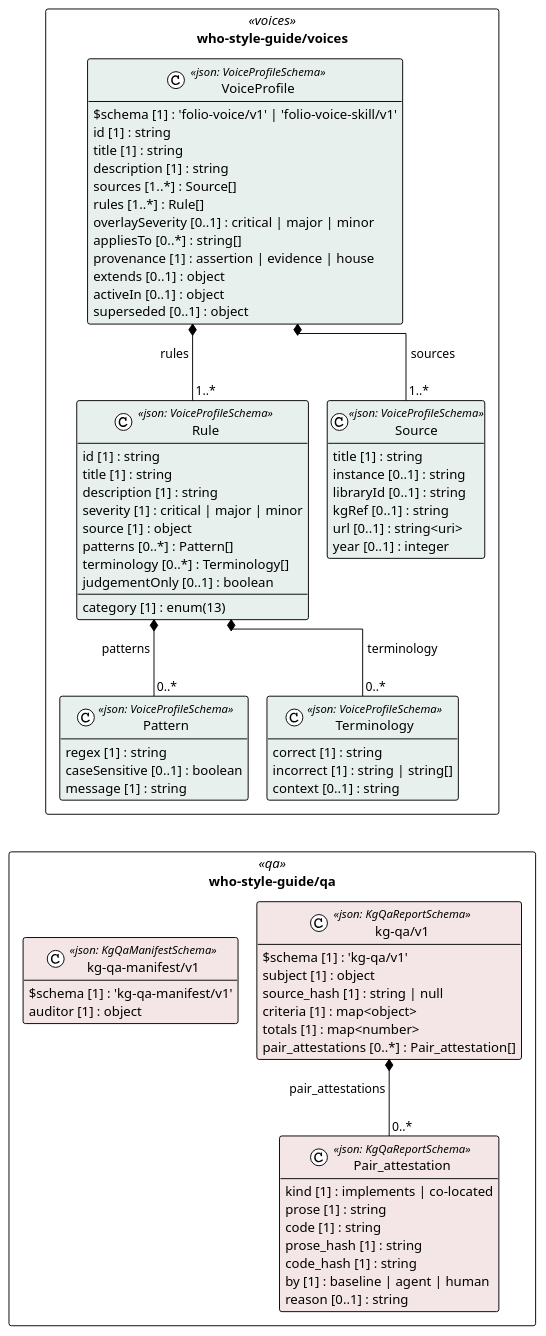
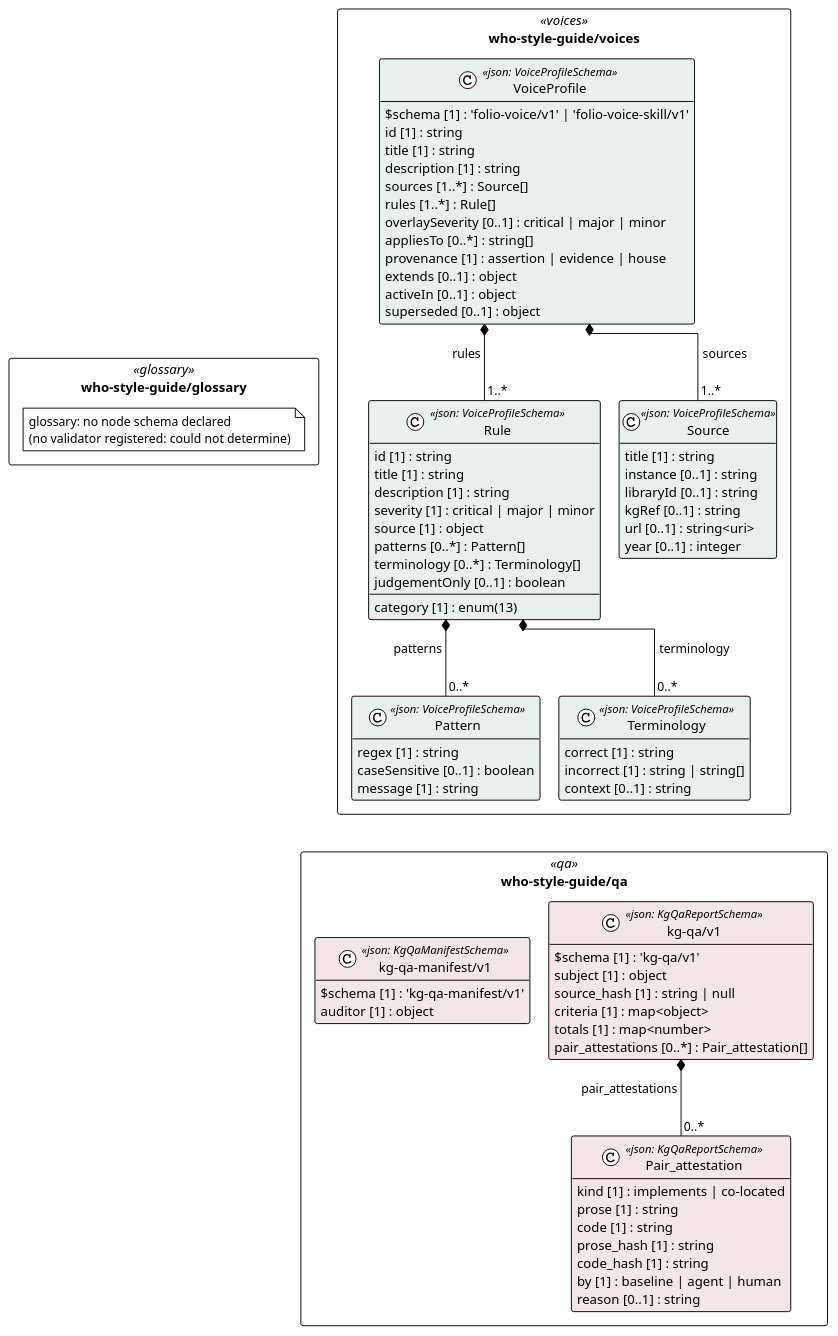
The diagram in cat-harness/uml/overview/who-style-guide.puml (litlfred/folio-assistant), drawn with PlantUML before and after one commit. The commit also changed 35 other files, not shown here.

First line of the commit message:
Regenerate derived artefacts for the who-style-guide glossary

```diff
--- a/cat-harness/uml/overview/who-style-guide.puml
+++ b/cat-harness/uml/overview/who-style-guide.puml
@@ -3,85 +3,88 @@
 @startuml who_style_guide
 !pragma layout elk
 !theme plain
 skinparam classAttributeIconSize 0
 skinparam shadowing false
 skinparam packageStyle rectangle
 hide empty methods
 
 package "who-style-guide/voices" as pkg_who_style_guide_voices <<voices>> {
   class "Source" as who_style_guide_voices_Source <<json: VoiceProfileSchema>> #e8f0ee {
     title [1] : string
     instance [0..1] : string
     libraryId [0..1] : string
     kgRef [0..1] : string
     url [0..1] : string<uri>
     year [0..1] : integer
   }
   class "Pattern" as who_style_guide_voices_Pattern <<json: VoiceProfileSchema>> #e8f0ee {
     regex [1] : string
     caseSensitive [0..1] : boolean
     message [1] : string
   }
   class "Terminology" as who_style_guide_voices_Terminology <<json: VoiceProfileSchema>> #e8f0ee {
     correct [1] : string
     incorrect [1] : string | string[]
     context [0..1] : string
   }
   class "Rule" as who_style_guide_voices_Rule <<json: VoiceProfileSchema>> #e8f0ee {
     id [1] : string
     title [1] : string
     description [1] : string
     category [1] : enum(13)
     severity [1] : critical | major | minor
     source [1] : object
     patterns [0..*] : Pattern[]
     terminology [0..*] : Terminology[]
     judgementOnly [0..1] : boolean
   }
   class "VoiceProfile" as who_style_guide_voices_VoiceProfile <<json: VoiceProfileSchema>> #e8f0ee {
     $schema [1] : 'folio-voice/v1' | 'folio-voice-skill/v1'
     id [1] : string
     title [1] : string
     description [1] : string
     sources [1..*] : Source[]
     rules [1..*] : Rule[]
     overlaySeverity [0..1] : critical | major | minor
     appliesTo [0..*] : string[]
     provenance [1] : assertion | evidence | house
     extends [0..1] : object
     activeIn [0..1] : object
     superseded [0..1] : object
   }
 }
+package "who-style-guide/glossary" as pkg_who_style_guide_glossary <<glossary>> {
+  note "glossary: no node schema declared\n(no validator registered: could not determine)" as n_who_style_guide_glossary_glossary
+}
 package "who-style-guide/qa" as pkg_who_style_guide_qa <<qa>> {
   class "Pair_attestation" as who_style_guide_qa_kg_qa_v1_Pair_attestation <<json: KgQaReportSchema>> #f4e6e6 {
     kind [1] : implements | co-located
     prose [1] : string
     code [1] : string
     prose_hash [1] : string
     code_hash [1] : string
     by [1] : baseline | agent | human
     reason [0..1] : string
   }
   class "kg-qa/v1" as who_style_guide_qa_kg_qa_v1_kg_qa_v1 <<json: KgQaReportSchema>> #f4e6e6 {
     $schema [1] : 'kg-qa/v1'
     subject [1] : object
     source_hash [1] : string | null
     criteria [1] : map<object>
     totals [1] : map<number>
     pair_attestations [0..*] : Pair_attestation[]
   }
   class "kg-qa-manifest/v1" as who_style_guide_qa_kg_qa_manifest_v1_kg_qa_manifest_v1 <<json: KgQaManifestSchema>> #f4e6e6 {
     $schema [1] : 'kg-qa-manifest/v1'
     auditor [1] : object
   }
 }
 
 who_style_guide_voices_VoiceProfile *-- "1..*" who_style_guide_voices_Source : sources
 who_style_guide_voices_Rule *-- "0..*" who_style_guide_voices_Pattern : patterns
 who_style_guide_voices_Rule *-- "0..*" who_style_guide_voices_Terminology : terminology
 who_style_guide_voices_VoiceProfile *-- "1..*" who_style_guide_voices_Rule : rules
 who_style_guide_qa_kg_qa_v1_kg_qa_v1 *-- "0..*" who_style_guide_qa_kg_qa_v1_Pair_attestation : pair_attestations
-' grid: portrait, 1 column(s) — pkg_who_style_guide_voices pkg_who_style_guide_qa
+' grid: portrait, 2 column(s) — pkg_who_style_guide_voices pkg_who_style_guide_glossary pkg_who_style_guide_qa
 pkg_who_style_guide_voices -[hidden]down- pkg_who_style_guide_qa
 @enduml
```
